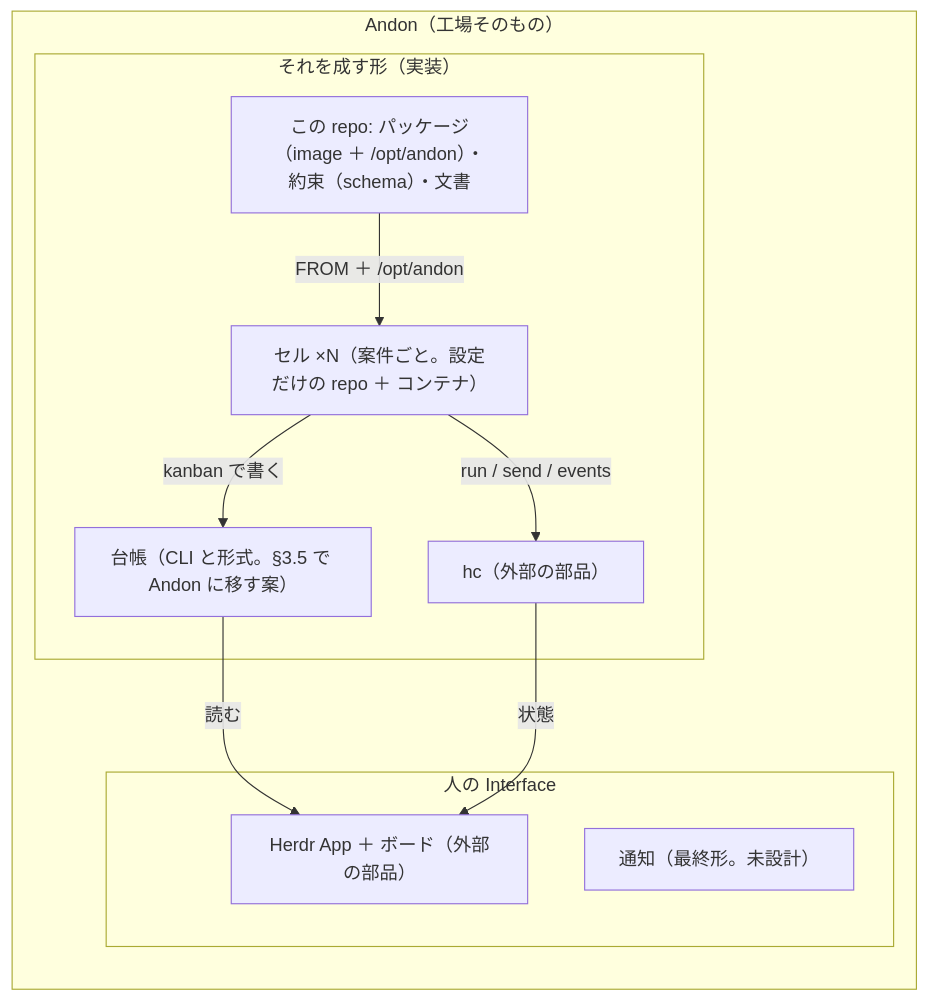
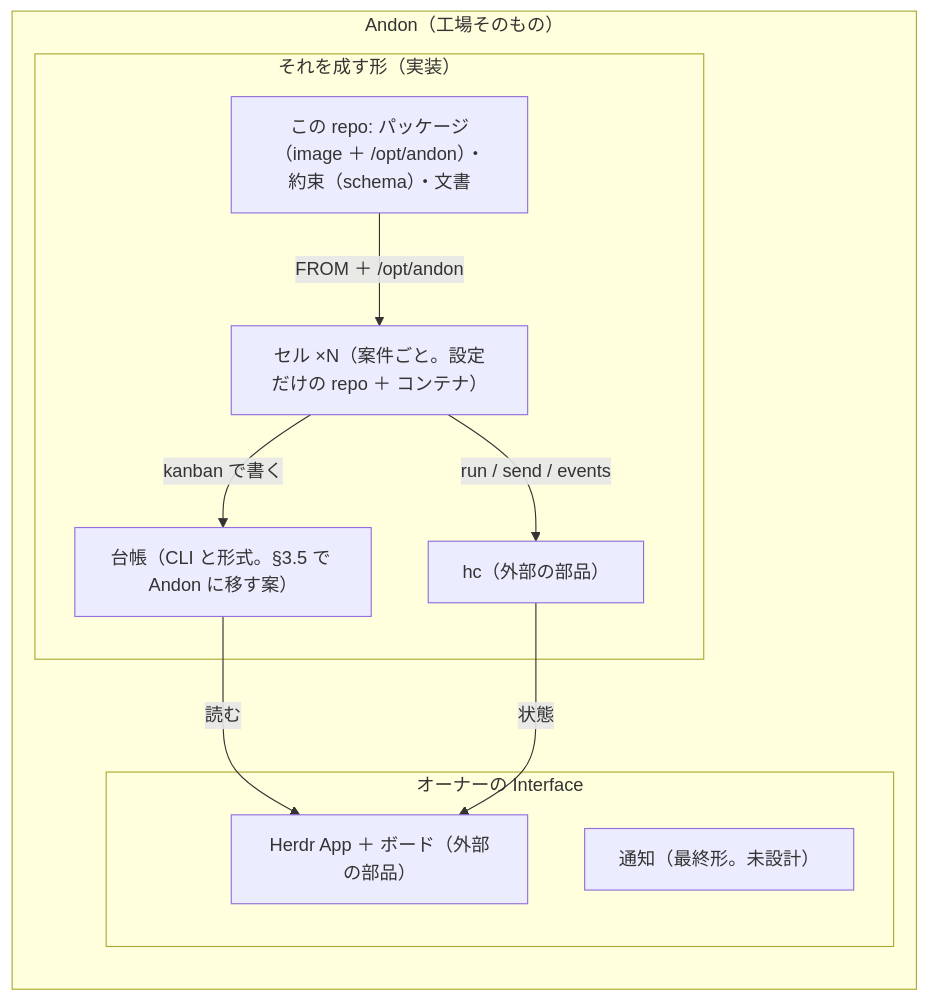
Before and after one commit to mitaku/andon: the second of 3 diagrams in docs/design.md, drawn with Mermaid. The commit also changed other lines of this file and 3 other files, not shown here.

````diff
--- a/docs/design.md
+++ b/docs/design.md
@@ -146,21 +146,21 @@
 ```mermaid
 flowchart TB
   subgraph ANDON["Andon（工場そのもの）"]
     direction TB
     subgraph FORM["それを成す形（実装）"]
       PKG["この repo: パッケージ（image ＋ /opt/andon）・約束（schema）・文書"]
       HOUSE["セル ×N（案件ごと。設定だけの repo ＋ コンテナ）"]
       LED["台帳（CLI と形式。§3.5 で Andon に移す案）"]
       HC["hc（外部の部品）"]
     end
-    subgraph UI["人の Interface"]
+    subgraph UI["オーナーの Interface"]
       APP["Herdr App ＋ ボード（外部の部品）"]
       NOTIF["通知（最終形。未設計）"]
     end
   end
   PKG -- "FROM ＋ /opt/andon" --> HOUSE
   HOUSE -- "kanban で書く" --> LED
   HOUSE -- "run / send / events" --> HC
   LED -- "読む" --> APP
   HC -- "状態" --> APP
 ```
````
